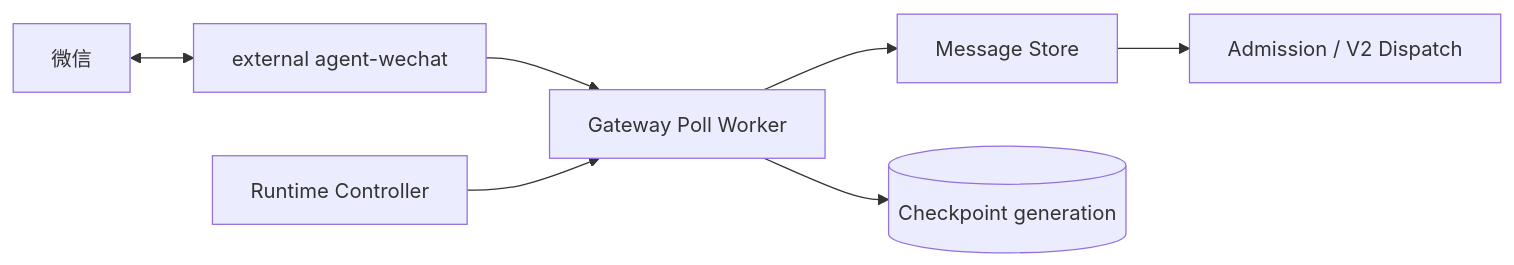
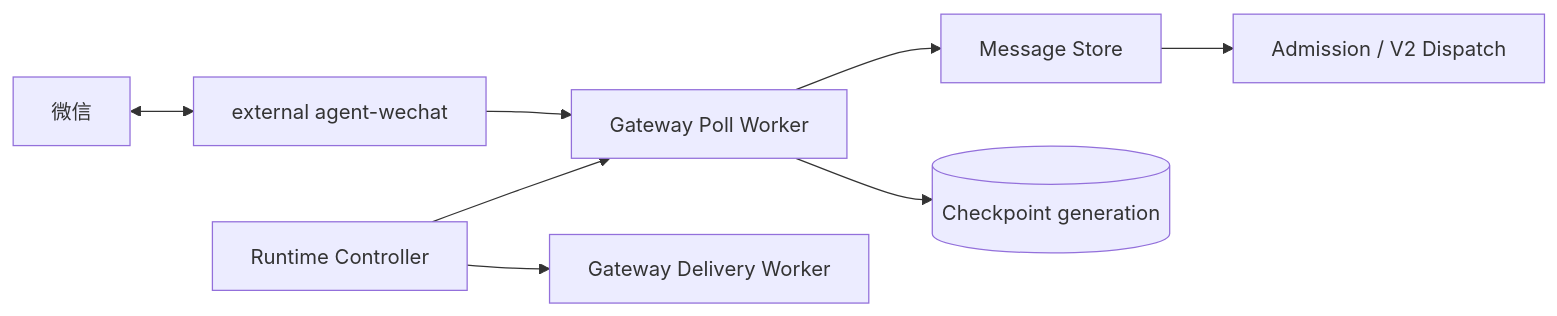
One commit to Tangbohu09527/CF_ecommerce-automation-docs changed the diagram in architecture/wechat-runtime-design.md. Above: the diagram before and after it, drawn with Mermaid. The commit also changed other lines of this file and 16 other files, not shown here.

````diff
--- a/architecture/wechat-runtime-design.md
+++ b/architecture/wechat-runtime-design.md
@@ -17,9 +17,10 @@
 ```mermaid
 flowchart LR
     WX["微信"] <--> AW["external agent-wechat"]
     AW --> PW["Gateway Poll Worker"]
     PW --> MS["Message Store"]
     PW --> CP[("Checkpoint generation")]
     MS --> AD["Admission / V2 Dispatch"]
     CTL["Runtime Controller"] --> PW
+    CTL --> DLW["Gateway Delivery Worker"]
 ```
````
